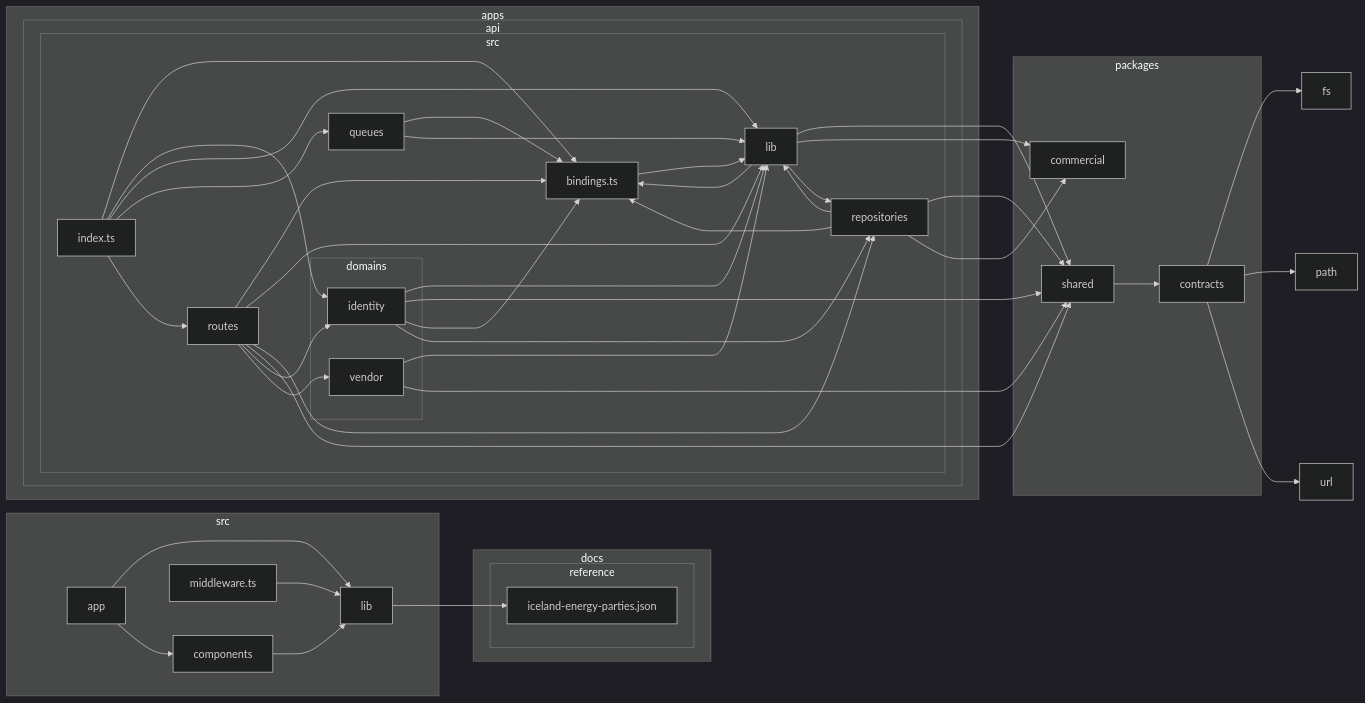
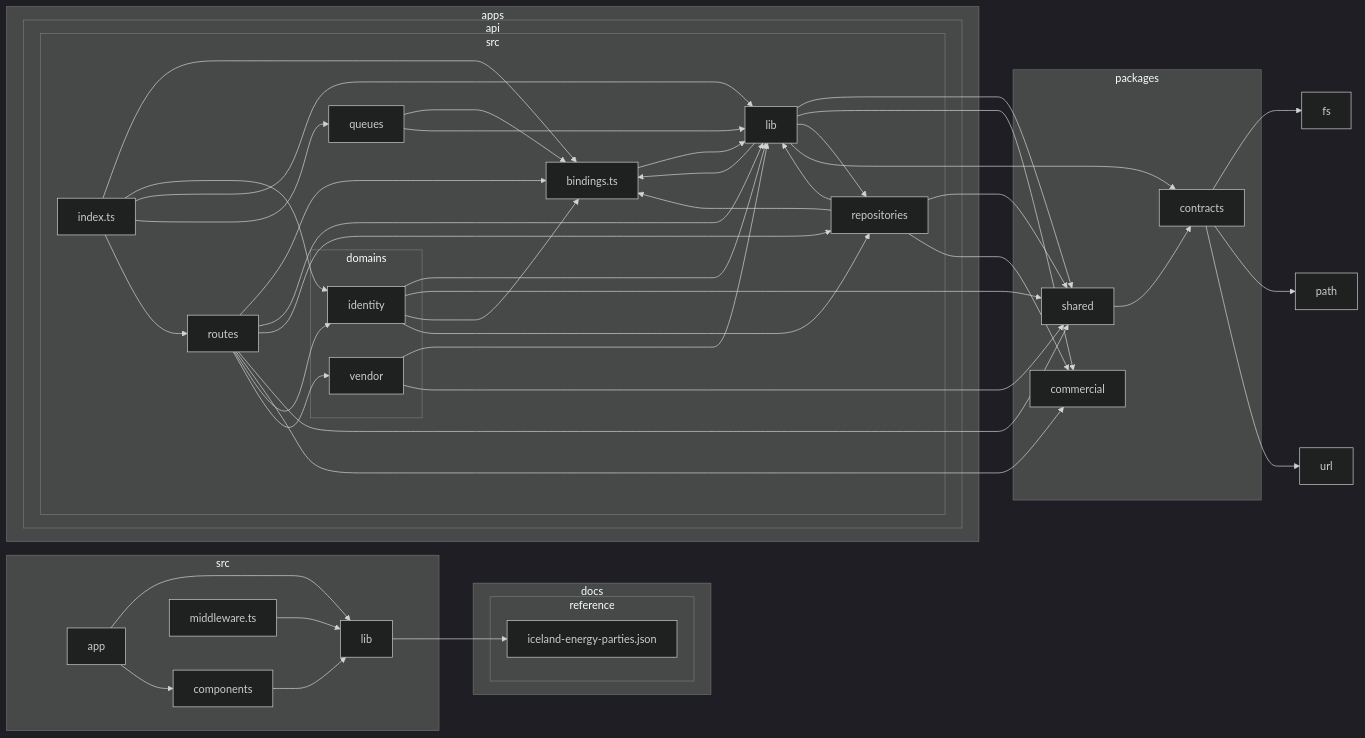
Before and after one commit to andri187/Straumvakt: the diagram in docs/architecture/dependency-graph.md, drawn with Mermaid (dark theme). The commit also changed 9 other files, not shown here.

````diff
--- a/docs/architecture/dependency-graph.md
+++ b/docs/architecture/dependency-graph.md
@@ -25,76 +25,78 @@
 ```mermaid
 flowchart LR
 
 subgraph 0["apps"]
 subgraph 1["api"]
 subgraph 2["src"]
 3["bindings.ts"]
 subgraph 4["domains"]
 5["identity"]
 6["vendor"]
 end
 7["index.ts"]
 8["lib"]
 9["queues"]
 A["repositories"]
 B["routes"]
 end
 end
 end
 subgraph C["docs"]
 subgraph D["reference"]
 E["iceland-energy-parties.json"]
 end
 end
 F["fs"]
 subgraph G["packages"]
 H["commercial"]
 I["contracts"]
 J["shared"]
 end
 K["path"]
 subgraph L["src"]
 M["app"]
 N["components"]
 O["lib"]
 P["middleware.ts"]
 end
 Q["url"]
 3-->8
 5-->8
 5-->J
 5-->3
 5-->A
 6-->8
 6-->J
 7-->3
 7-->5
 7-->8
 7-->9
 7-->B
 8-->3
 8-->J
 8-->H
 8-->A
+8-->I
 9-->3
 9-->8
 A-->8
 A-->J
 A-->3
 A-->H
 B-->3
 B-->8
 B-->A
 B-->J
+B-->H
 B-->5
 B-->6
 I-->F
 I-->K
 I-->Q
 J-->I
 M-->O
 M-->N
 N-->O
 O-->E
 P-->O
 ```
````
